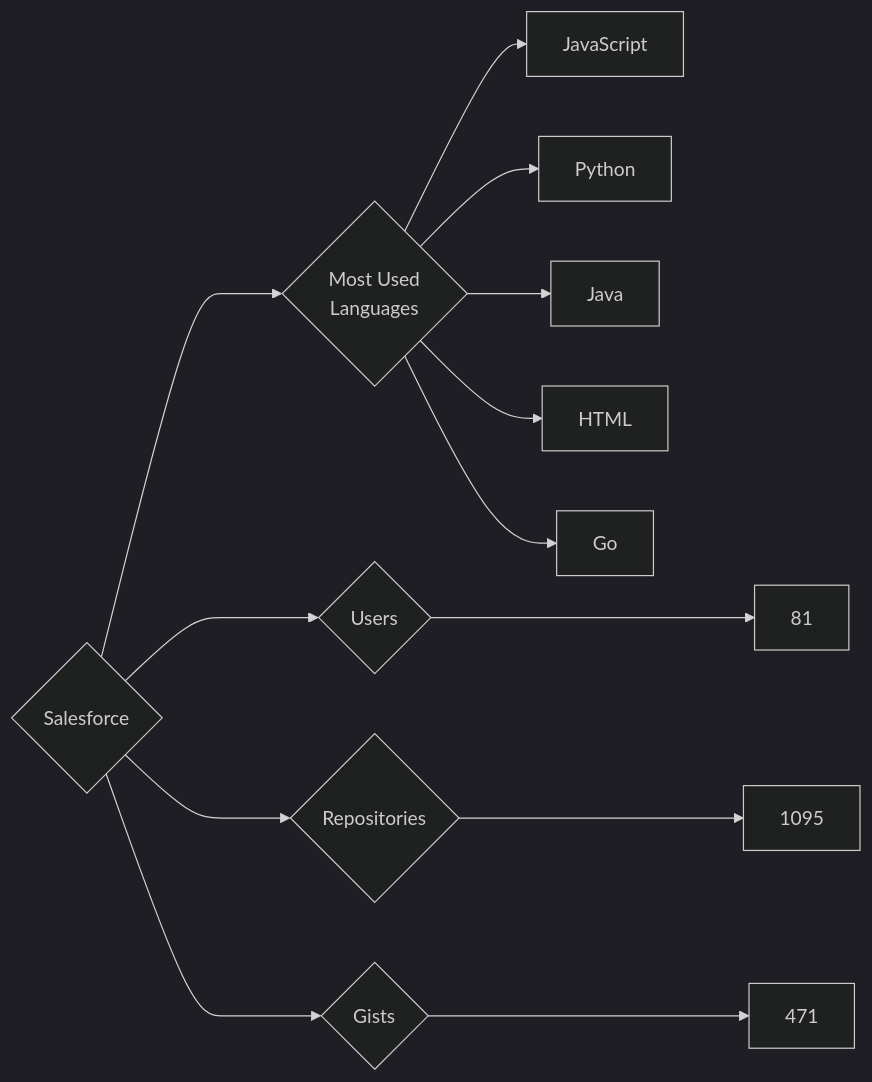
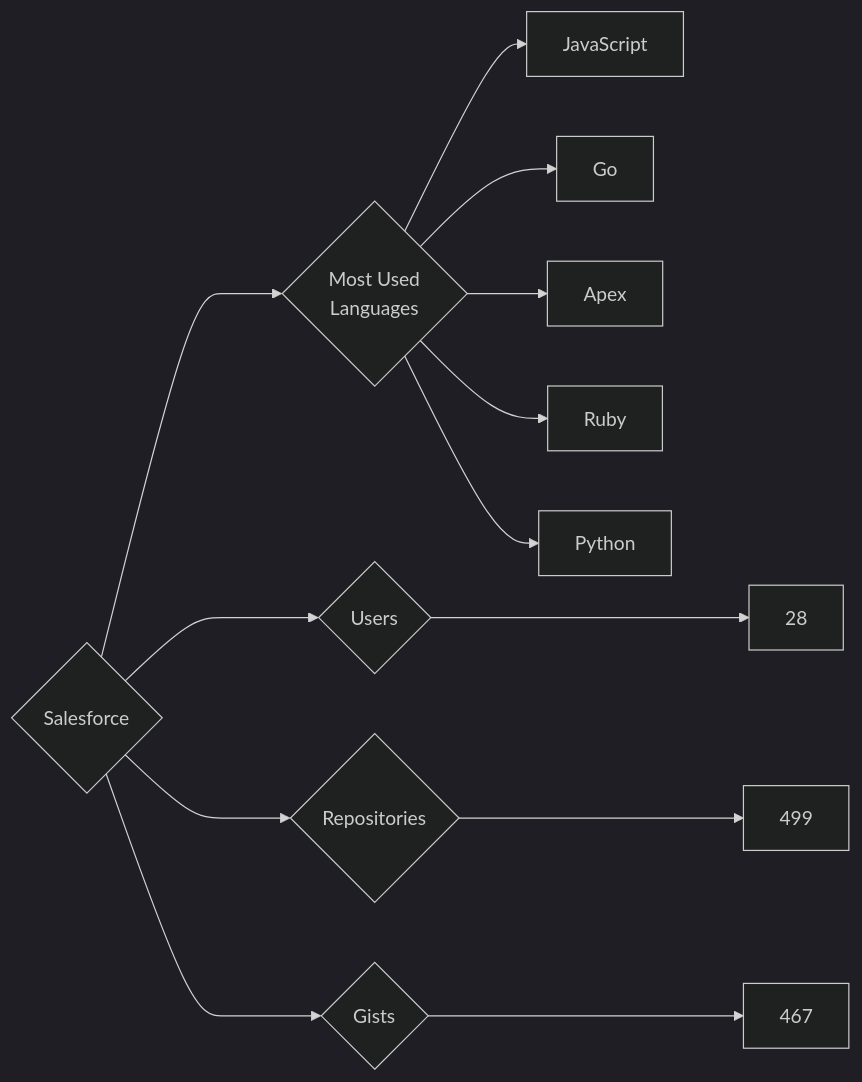
Before and after one commit to trickest/insiders: the diagram in targets/Salesforce/README.md, drawn with Mermaid (dark theme). The commit also changed 898 other files, not shown here.

````diff
--- a/targets/Salesforce/README.md
+++ b/targets/Salesforce/README.md
@@ -3,13 +3,13 @@
 ```mermaid
 graph LR
 COMPANY_NAME{Salesforce}
-COMPANY_NAME ---> U{Users} ---> UN[81]
-COMPANY_NAME ---> R{Repositories} ---> RN[1095]
-COMPANY_NAME ---> G{Gists} ---> GN[471]
+COMPANY_NAME ---> U{Users} ---> UN[28]
+COMPANY_NAME ---> R{Repositories} ---> RN[499]
+COMPANY_NAME ---> G{Gists} ---> GN[467]
 COMPANY_NAME ---> ML{Most Used<br>Languages}
 ML --> JavaScript[JavaScript]
+ML --> Go[Go]
+ML --> Apex[Apex]
+ML --> Ruby[Ruby]
 ML --> Python[Python]
-ML --> Java[Java]
-ML --> HTML[HTML]
-ML --> Go[Go]
 ```
````
